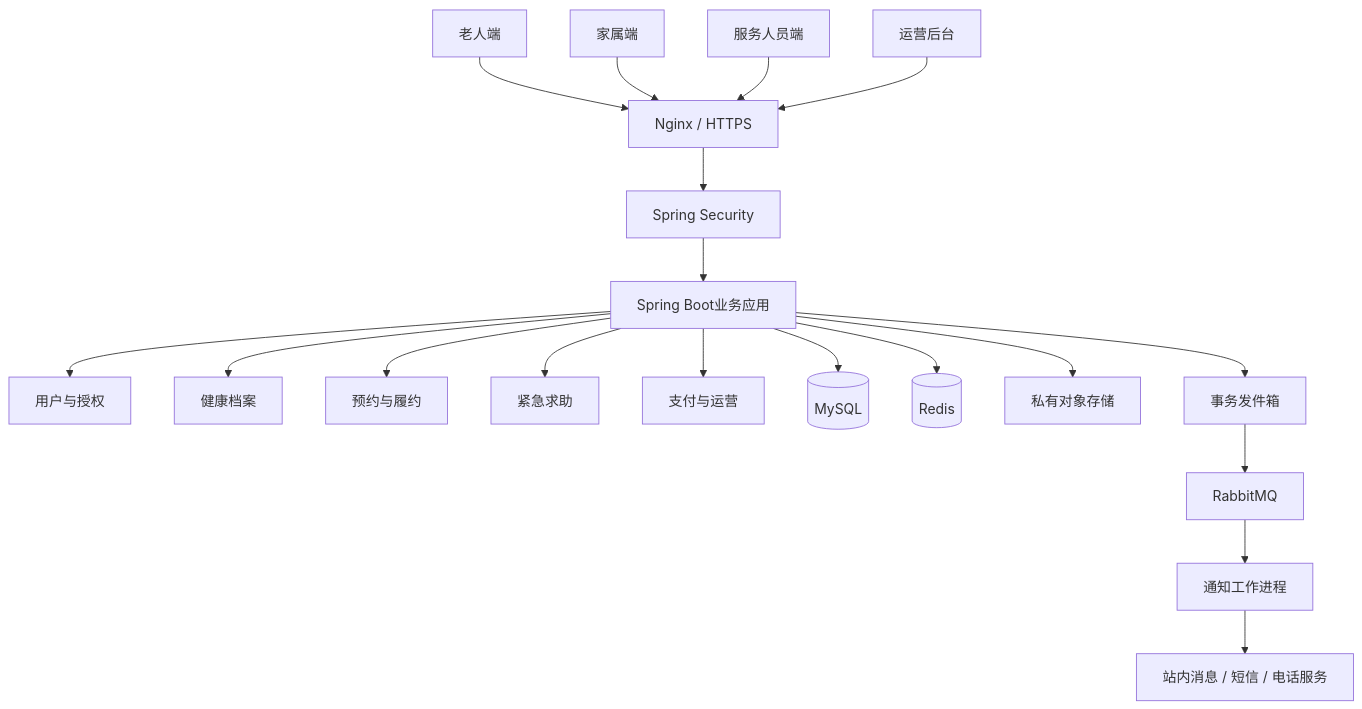
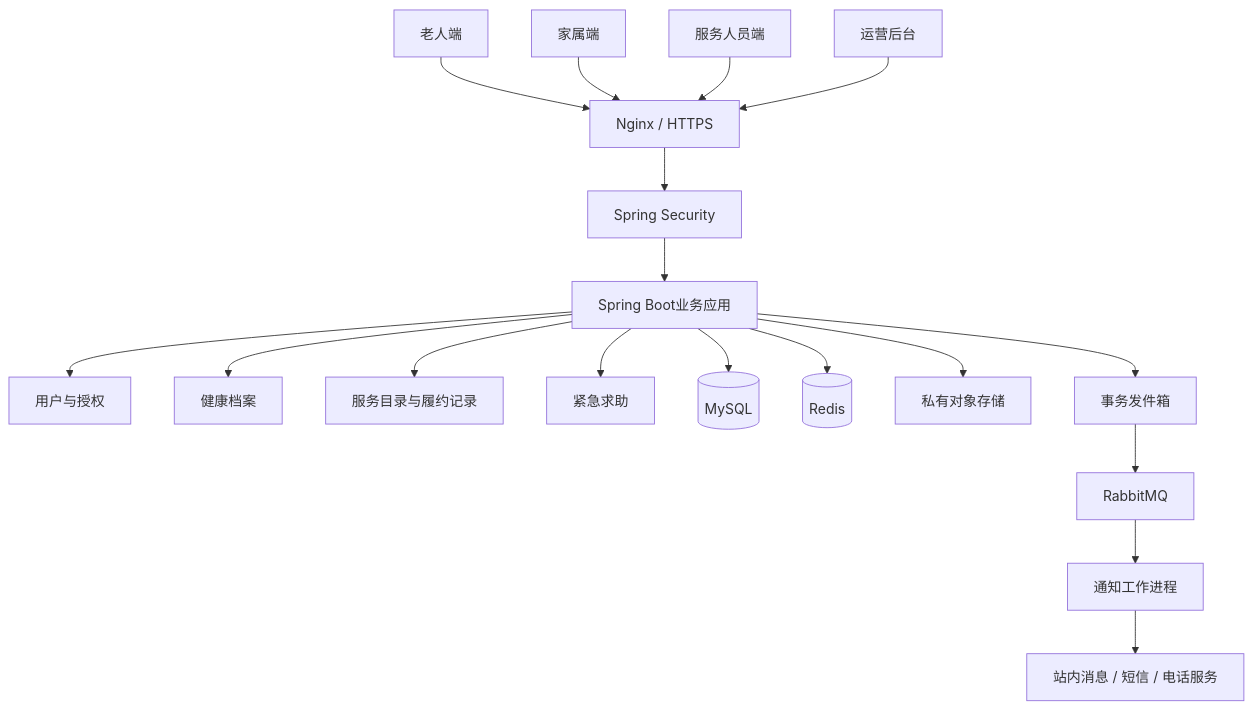
The diagram in docs/SYSTEM_DESIGN.md (clackel/Elderly-Care-Service-Platform), drawn with Mermaid before and after one commit. The commit also changed other lines of this file and 13 other files, not shown here.

````diff
--- a/docs/SYSTEM_DESIGN.md
+++ b/docs/SYSTEM_DESIGN.md
@@ -49,21 +49,20 @@
 ```mermaid
 flowchart TD
     A[老人端] --> E[Nginx / HTTPS]
     B[家属端] --> E
     C[服务人员端] --> E
     D[运营后台] --> E
     E --> F[Spring Security]
     F --> G[Spring Boot业务应用]
     G --> H[用户与授权]
     G --> I[健康档案]
-    G --> J[预约与履约]
+    G --> J[服务目录与履约记录]
     G --> K[紧急求助]
-    G --> L[支付与运营]
     G --> M[(MySQL)]
     G --> N[(Redis)]
     G --> O[私有对象存储]
     G --> P[事务发件箱]
     P --> Q[RabbitMQ]
     Q --> R[通知工作进程]
     R --> S[站内消息 / 短信 / 电话服务]
 ```
````
